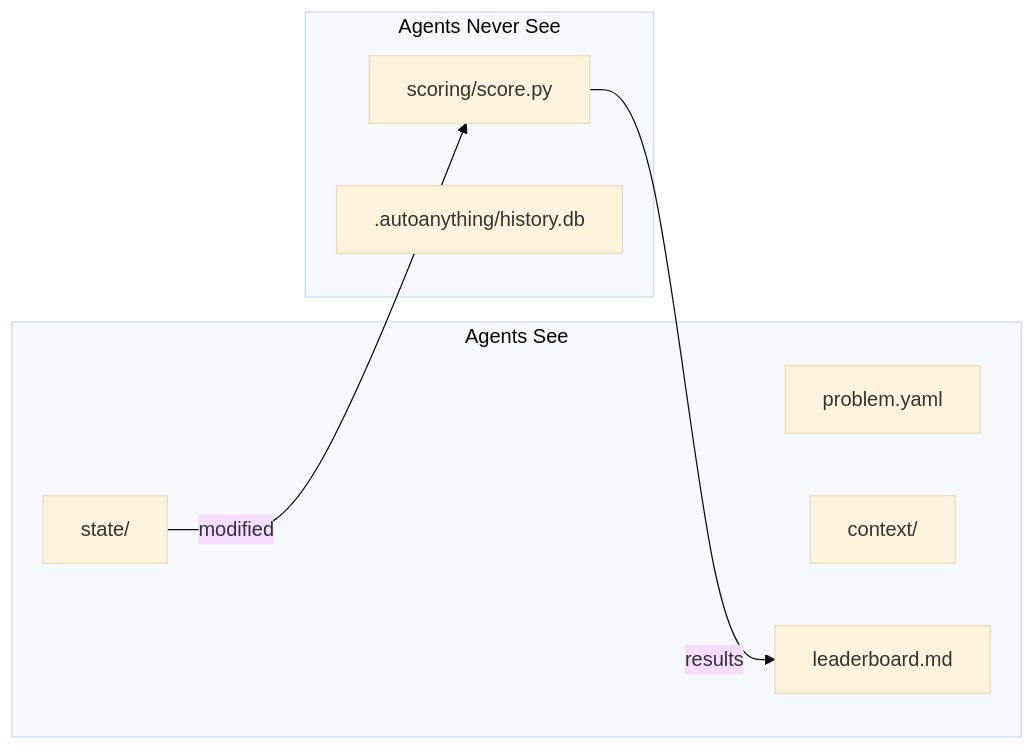
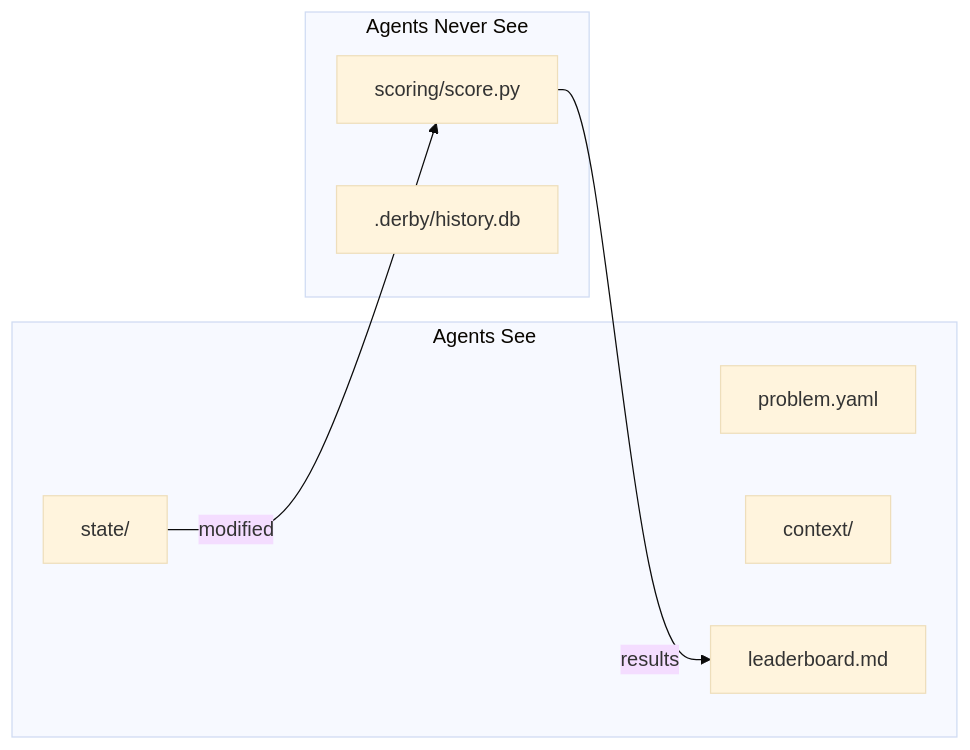
The second of 2 diagrams in README.md (kousun12/autoanything), drawn with Mermaid (base theme) before and after one commit. The commit also changed other lines of this file and 45 other files, not shown here.

````diff
--- a/README.md
+++ b/README.md
@@ -102,15 +102,15 @@
 ```mermaid
 flowchart LR
     subgraph visible ["Agents See"]
         A["problem.yaml"]
         B["state/"]
         C["context/"]
         D["leaderboard.md"]
     end
     subgraph hidden ["Agents Never See"]
         E["scoring/score.py"]
-        F[".autoanything/history.db"]
+        F[".derby/history.db"]
     end
     B -->|"modified"| E
     E -->|"results"| D
 ```
````
